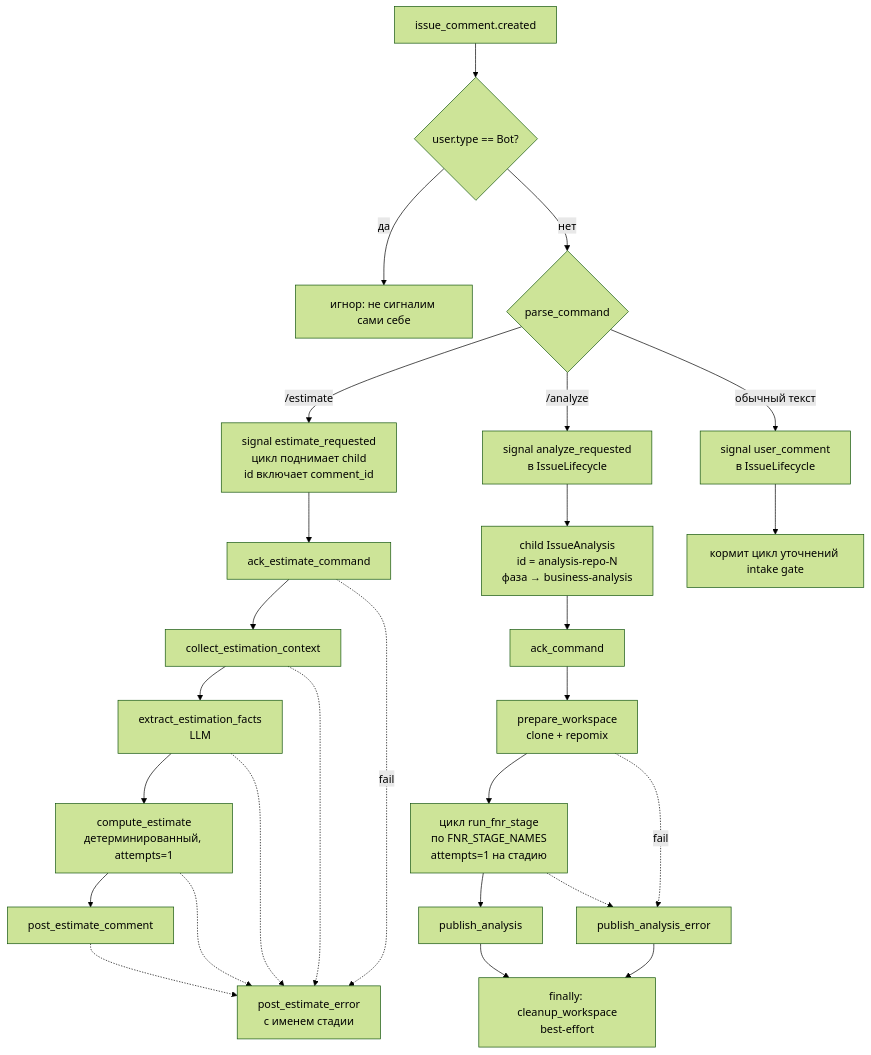
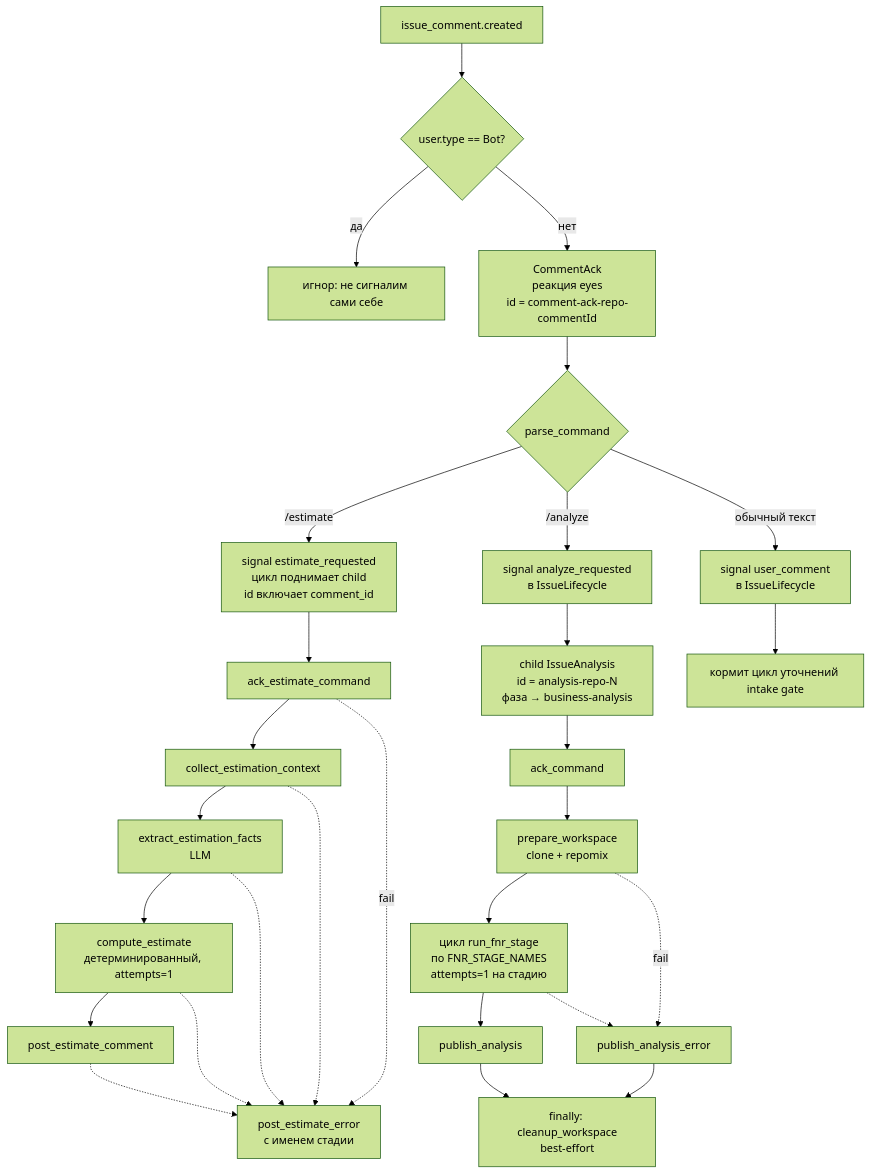
The second of 2 diagrams in README.md (po-helper-org/poh-issue-agents), drawn with Mermaid (forest theme) before and after one commit. The commit also changed other lines of this file and 13 other files, not shown here.

````diff
--- a/README.md
+++ b/README.md
@@ -218,24 +218,25 @@
 ```mermaid
 flowchart TD
     A["issue_comment.created"] --> B{"user.type == Bot?"}
     B -->|да| B1["игнор: не сигналим сами себе"]
-    B -->|нет| C{"parse_command"}
+    B -->|нет| ACK["CommentAck<br/>реакция eyes<br/>id = comment-ack-repo-commentId"]
+    ACK --> C{"parse_command"}
 
     C -->|"/estimate"| D["signal estimate_requested<br/>цикл поднимает child<br/>id включает comment_id"]
     D --> D1["ack_estimate_command"] --> D2["collect_estimation_context"] --> D3["extract_estimation_facts<br/>LLM"] --> D4["compute_estimate<br/>детерминированный, attempts=1"] --> D5["post_estimate_comment"]
     D1 -.->|fail| DE["post_estimate_error<br/>с именем стадии"]
     D2 -.-> DE
     D3 -.-> DE
     D4 -.-> DE
     D5 -.-> DE
 
     C -->|"/analyze"| E["signal analyze_requested<br/>в IssueLifecycle"]
     E --> F["child IssueAnalysis<br/>id = analysis-repo-N<br/>фаза → business-analysis"]
     F --> F1["ack_command"] --> F2["prepare_workspace<br/>clone + repomix"] --> F3["цикл run_fnr_stage<br/>по FNR_STAGE_NAMES<br/>attempts=1 на стадию"] --> F4["publish_analysis"]
     F2 -.->|fail| FE["publish_analysis_error"]
     F3 -.-> FE
     F4 --> FIN["finally: cleanup_workspace<br/>best-effort"]
     FE --> FIN
 
     C -->|обычный текст| G["signal user_comment<br/>в IssueLifecycle"] --> G1["кормит цикл уточнений intake gate"]
 ```
````
